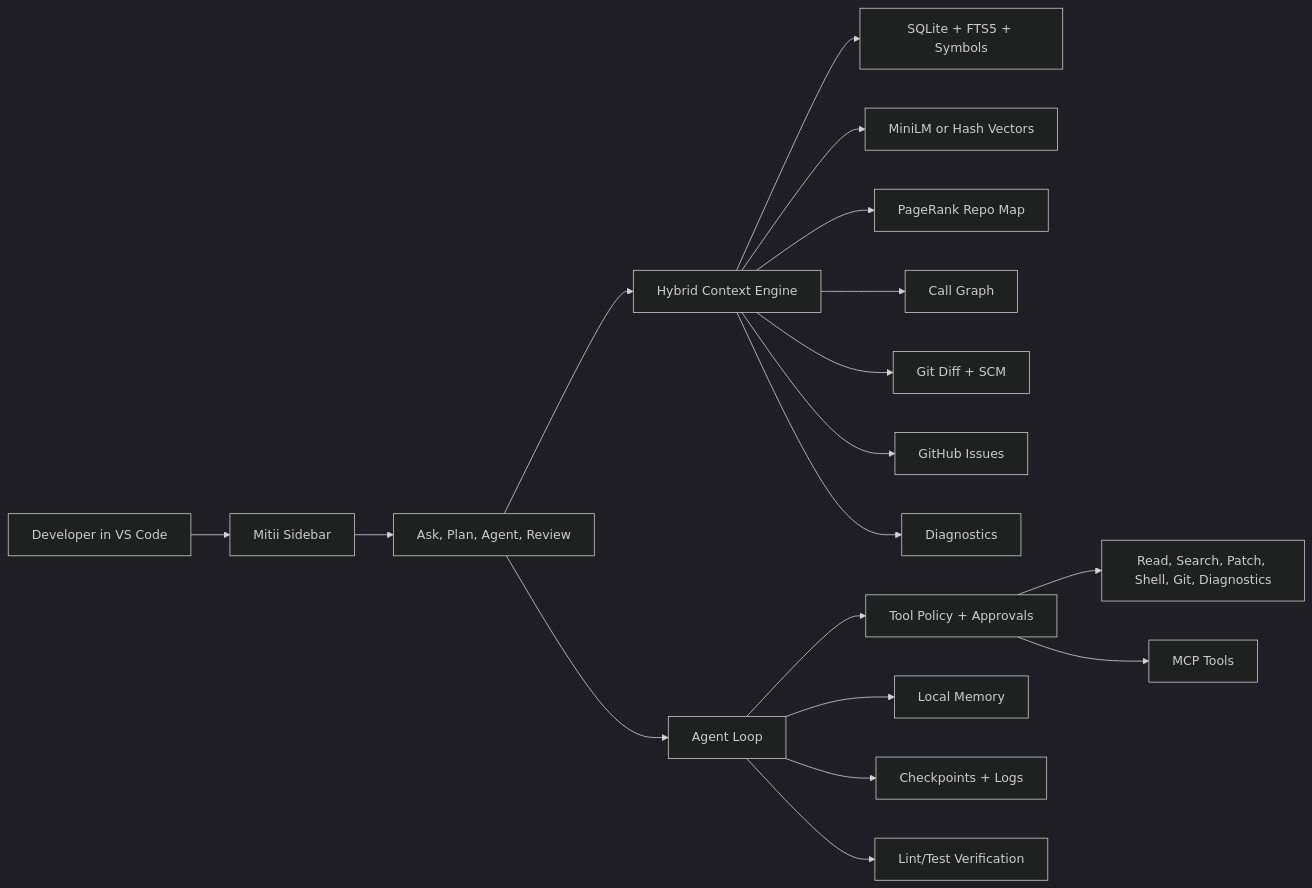
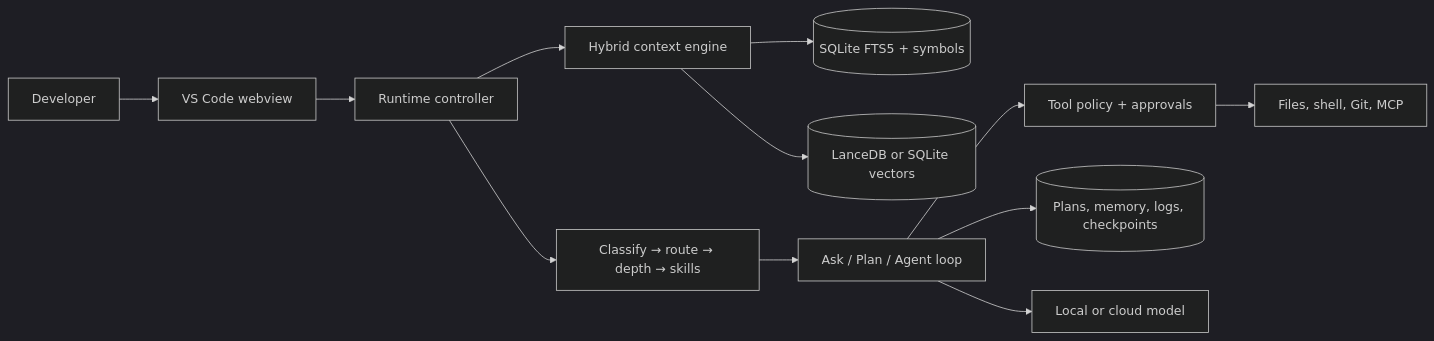
The diagram in README.md (Mitii-dev/Mitii), drawn with Mermaid (dark theme) before and after one commit. The commit also changed other lines of this file and 45 other files, not shown here.

````diff
--- a/README.md
+++ b/README.md
@@ -126,20 +40,14 @@
 ```mermaid
 flowchart LR
-  User[Developer in VS Code] --> UI[Mitii Sidebar]
-  UI --> Modes[Ask, Plan, Agent, Review]
-  Modes --> Context[Hybrid Context Engine]
-  Context --> Index[SQLite + FTS5 + Symbols]
-  Context --> Vectors[MiniLM or Hash Vectors]
-  Context --> RepoMap[PageRank Repo Map]
-  Context --> CallGraph[Call Graph]
-  Context --> Git[Git Diff + SCM]
-  Context --> Issues[GitHub Issues]
-  Context --> LSP[Diagnostics]
-  Modes --> Agent[Agent Loop]
-  Agent --> Safety[Tool Policy + Approvals]
-  Safety --> Tools[Read, Search, Patch, Shell, Git, Diagnostics]
-  Safety --> MCP[MCP Tools]
-  Agent --> Memory[Local Memory]
-  Agent --> Checkpoints[Checkpoints + Logs]
-  Agent --> Verify[Lint/Test Verification]
+  User[Developer] --> UI[VS Code webview]
+  UI --> Controller[Runtime controller]
+  Controller --> Context[Hybrid context engine]
+  Context --> Index[(SQLite FTS5 + symbols)]
+  Context --> Vectors[(LanceDB or SQLite vectors)]
+  Controller --> Pipeline[Classify → route → depth → skills]
+  Pipeline --> Loop[Ask / Plan / Agent loop]
+  Loop --> Policy[Tool policy + approvals]
+  Policy --> Tools[Files, shell, Git, MCP]
+  Loop --> State[(Plans, memory, logs, checkpoints)]
+  Loop --> Provider[Local or cloud model]
 ```
````
